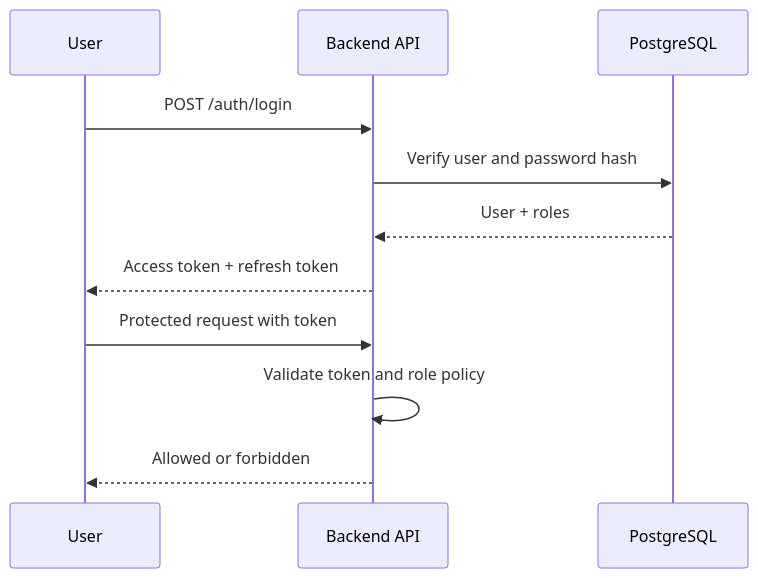
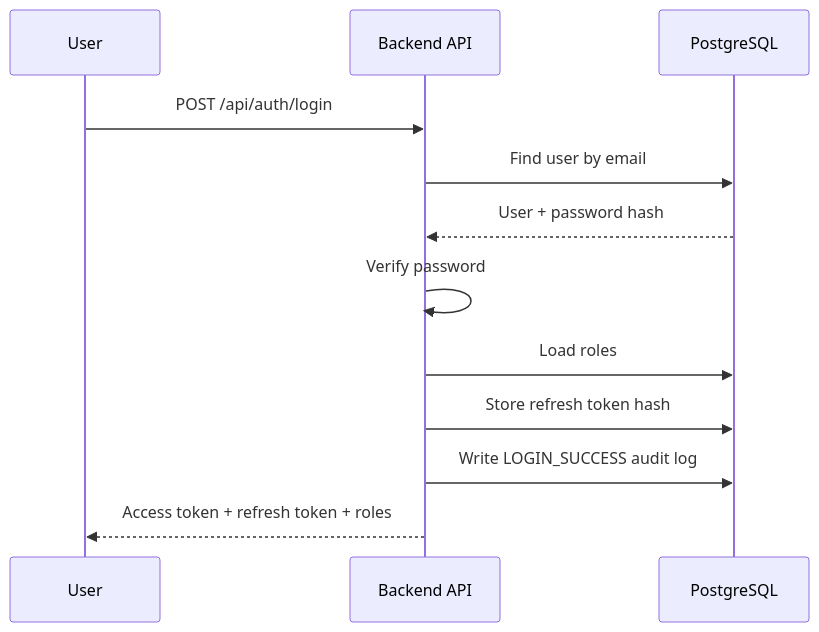
The second of 5 diagrams in blueprint/specs/auth.md (NguyenThanhTien539/unihub-workshop-system), drawn with Mermaid before and after one commit. The commit also changed other lines of this file and 8 other files, not shown here.

````diff
--- a/blueprint/specs/auth.md
+++ b/blueprint/specs/auth.md
@@ -16,14 +95,15 @@
 ```mermaid
 sequenceDiagram
     participant U as User
     participant API as Backend API
     participant DB as PostgreSQL
 
-    U->>API: POST /auth/login
-    API->>DB: Verify user and password hash
-    DB-->>API: User + roles
-    API-->>U: Access token + refresh token
-    U->>API: Protected request with token
-    API->>API: Validate token and role policy
-    API-->>U: Allowed or forbidden
+    U->>API: POST /api/auth/login
+    API->>DB: Find user by email
+    DB-->>API: User + password hash
+    API->>API: Verify password
+    API->>DB: Load roles
+    API->>DB: Store refresh token hash
+    API->>DB: Write LOGIN_SUCCESS audit log
+    API-->>U: Access token + refresh token + roles
 ```
````
